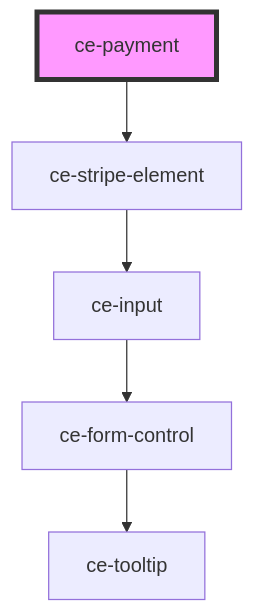
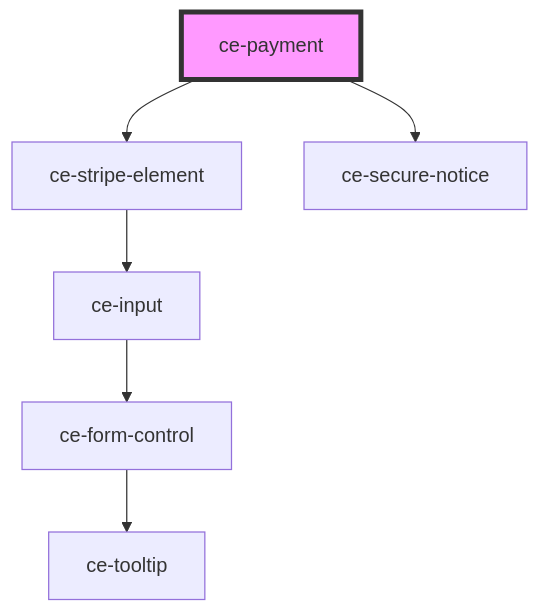
The diagram in packages/components/src/components/controllers/payment/readme.md (surecart/surecart-wp-plugin), drawn with Mermaid before and after one commit. The commit also changed other lines of this file and 61 other files, not shown here.

````diff
--- a/packages/components/src/components/controllers/payment/readme.md
+++ b/packages/components/src/components/controllers/payment/readme.md
@@ -26,8 +29,9 @@
 ```mermaid
 graph TD;
   ce-payment --> ce-stripe-element
+  ce-payment --> ce-secure-notice
   ce-stripe-element --> ce-input
   ce-input --> ce-form-control
   ce-form-control --> ce-tooltip
   style ce-payment fill:#f9f,stroke:#333,stroke-width:4px
 ```
````
